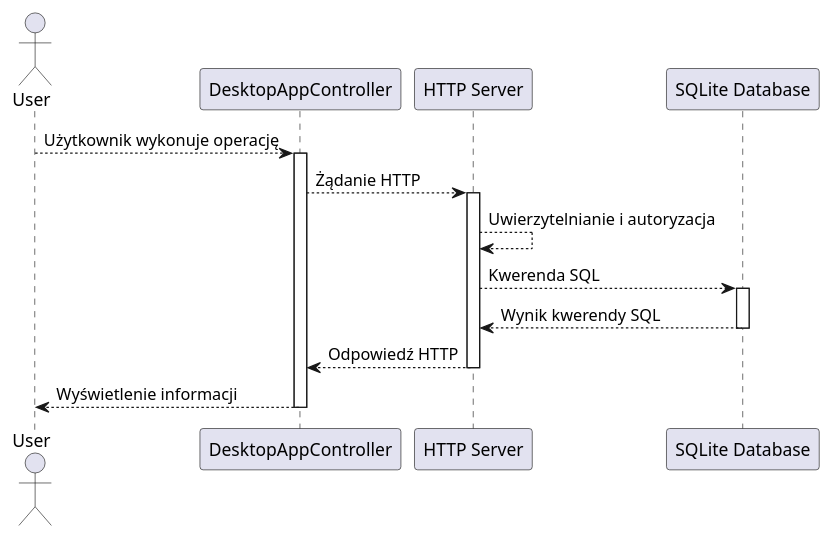
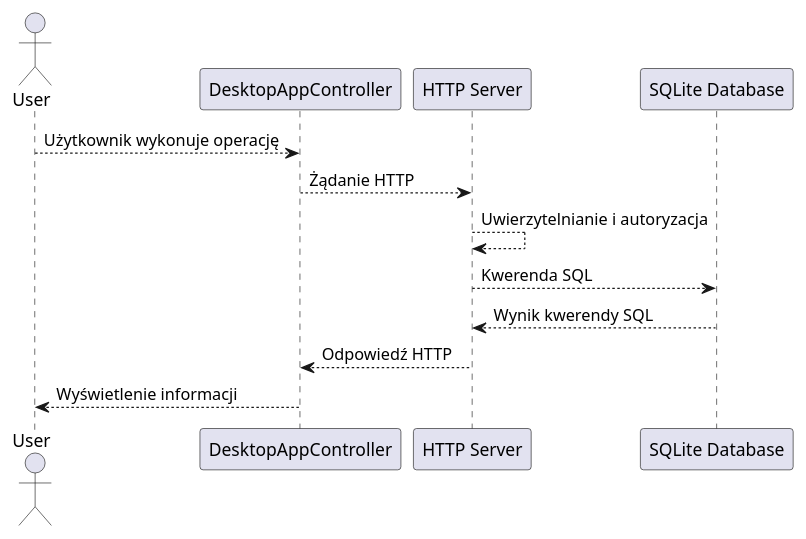
One commit to Mac14101/po2025 changed the first of 2 diagrams in readme.md. Above: the diagram before and after it, drawn with PlantUML. The commit also changed other lines of this file, not shown here.

Commit message:
docs: Dodanie diagramu sekwencji dla funkcji uwierzytelniania

````diff
--- a/readme.md
+++ b/readme.md
@@ -56,21 +49,15 @@
 ```plantuml
 @startuml
 actor User
 participant "DesktopAppController" AS UIController
 participant "HTTP Server" AS Server
 participant "SQLite Database" AS Database
 User --> UIController : Użytkownik wykonuje operację
-activate UIController
 UIController --> Server : Żądanie HTTP
-activate Server
 Server --> Server : Uwierzytelnianie i autoryzacja
 Server --> Database : Kwerenda SQL
-activate Database
 Database --> Server : Wynik kwerendy SQL
-deactivate Database
 Server --> UIController : Odpowiedź HTTP
-deactivate Server
 UIController --> User : Wyświetlenie informacji
-deactivate UIController
 @enduml
 ```
````
